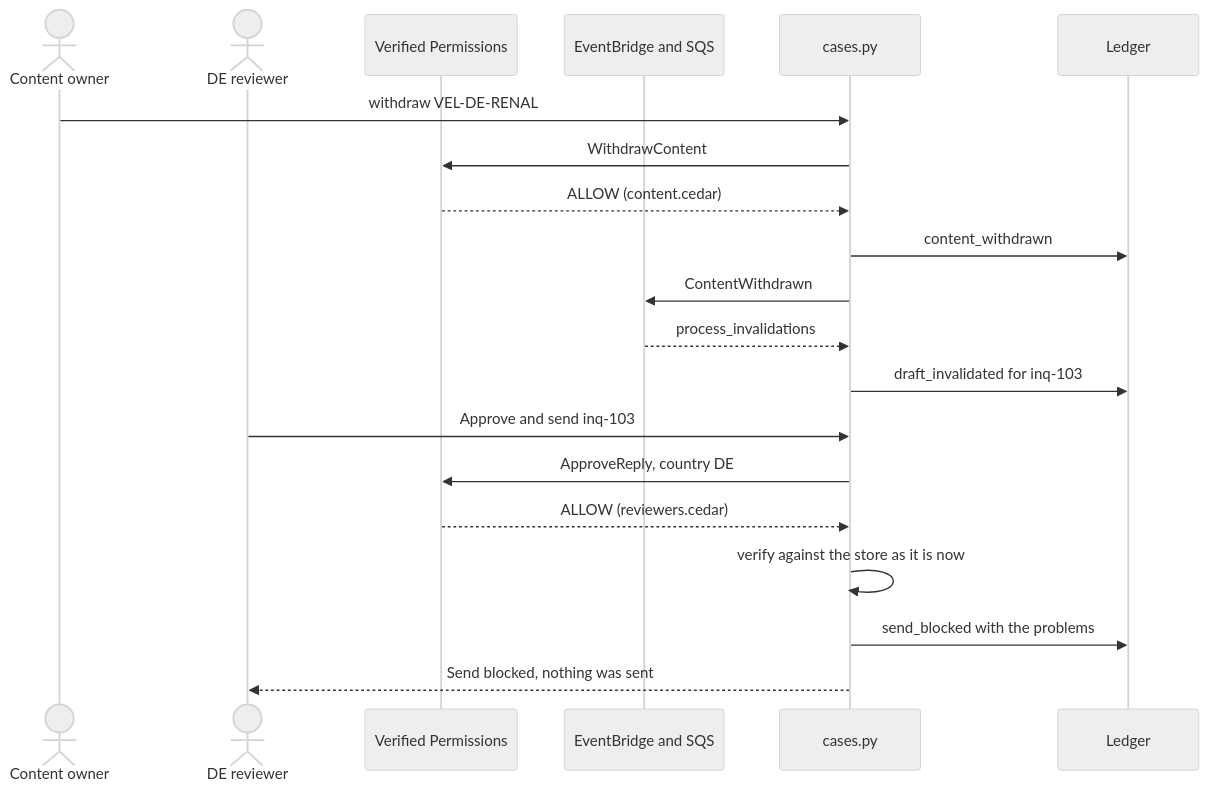
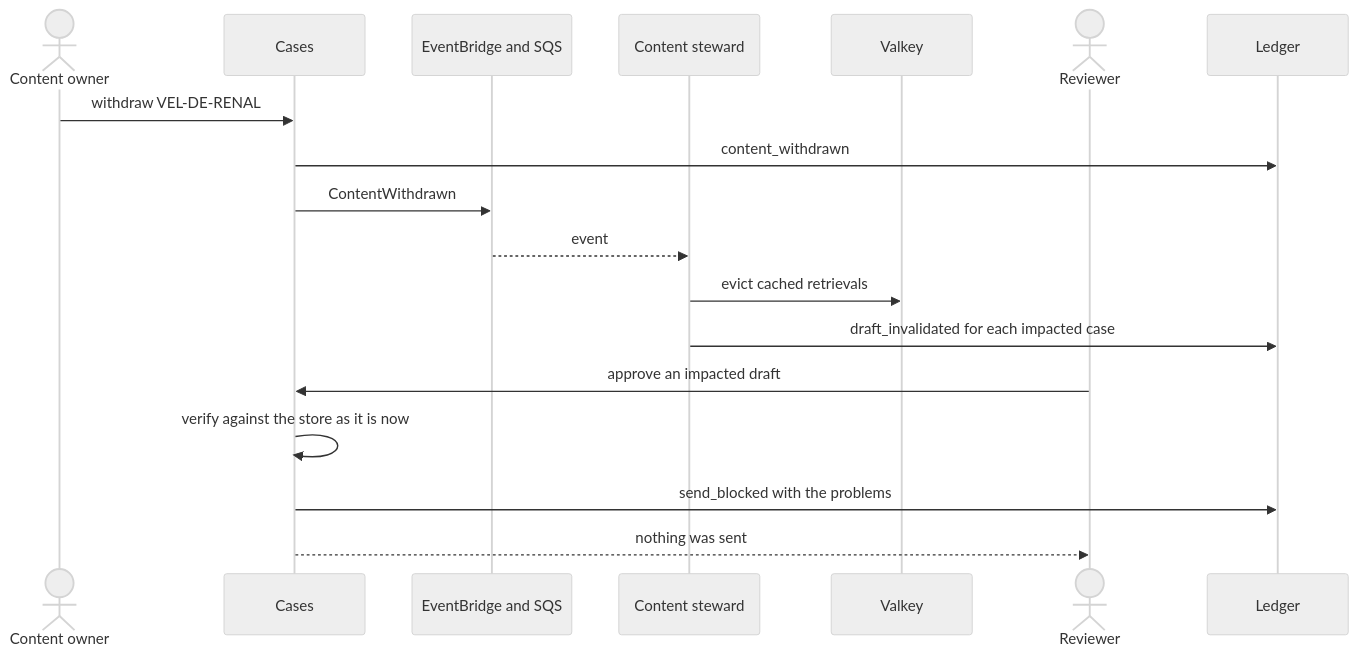
One commit to learnwithparam/enterprise-agentic-architecture changed diagram 11 of 20 in docs/architecture-walkthrough.md. Above: the diagram before and after it, drawn with Mermaid (neutral theme). The commit also changed other lines of this file and 282 other files, not shown here.

````diff
--- a/docs/architecture-walkthrough.md
+++ b/docs/architecture-walkthrough.md
@@ -138,22 +307,20 @@
 ```mermaid
 sequenceDiagram
   actor Owner as Content owner
-  actor Reviewer as DE reviewer
-  participant P as Verified Permissions
+  participant C as Cases
   participant B as EventBridge and SQS
-  participant C as cases.py
+  participant S as Content steward
+  participant K as Valkey
+  actor Reviewer
   participant L as Ledger
   Owner->>C: withdraw VEL-DE-RENAL
-  C->>P: WithdrawContent
-  P-->>C: ALLOW (content.cedar)
   C->>L: content_withdrawn
   C->>B: ContentWithdrawn
-  B-->>C: process_invalidations
-  C->>L: draft_invalidated for inq-103
-  Reviewer->>C: Approve and send inq-103
-  C->>P: ApproveReply, country DE
-  P-->>C: ALLOW (reviewers.cedar)
+  B-->>S: event
+  S->>K: evict cached retrievals
+  S->>L: draft_invalidated for each impacted case
+  Reviewer->>C: approve an impacted draft
   C->>C: verify against the store as it is now
   C->>L: send_blocked with the problems
-  C-->>Reviewer: Send blocked, nothing was sent
+  C-->>Reviewer: nothing was sent
 ```
````
